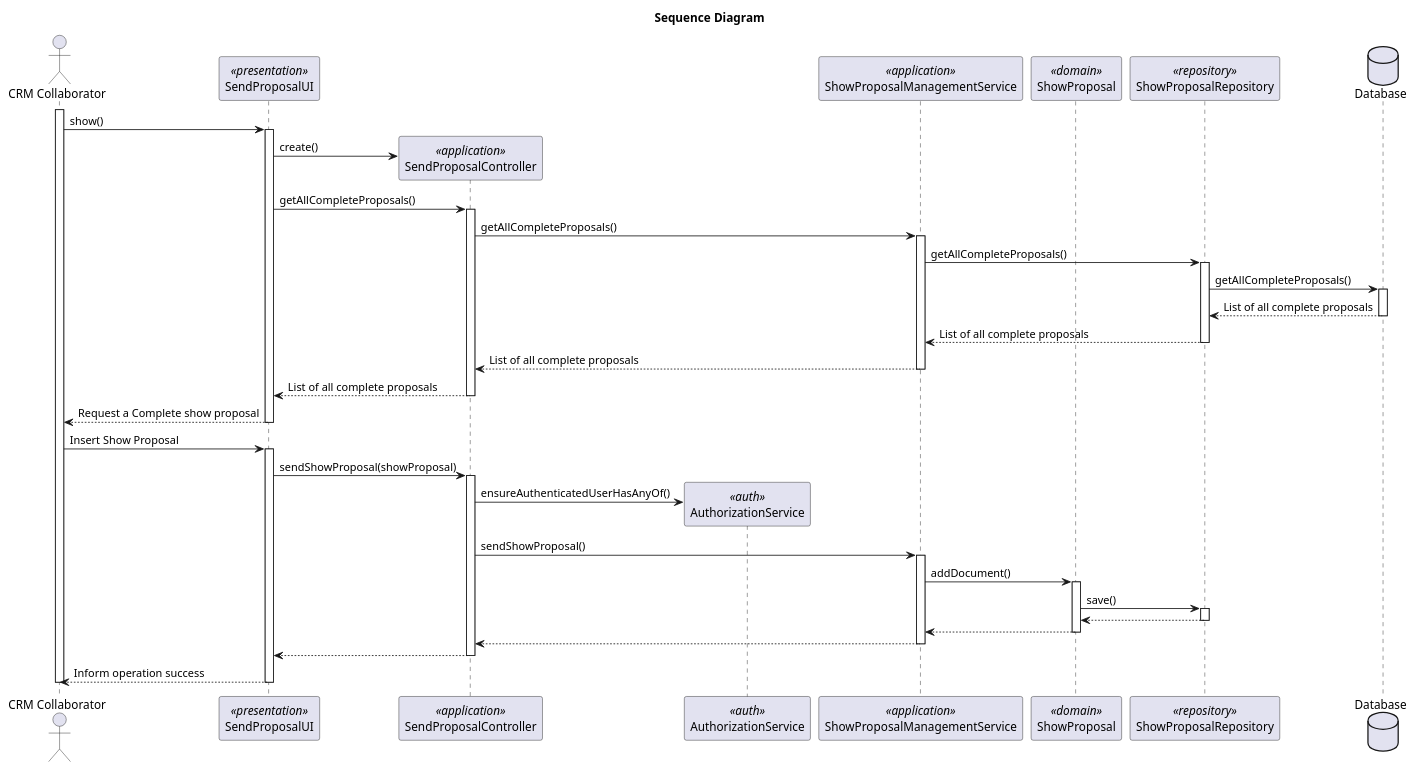
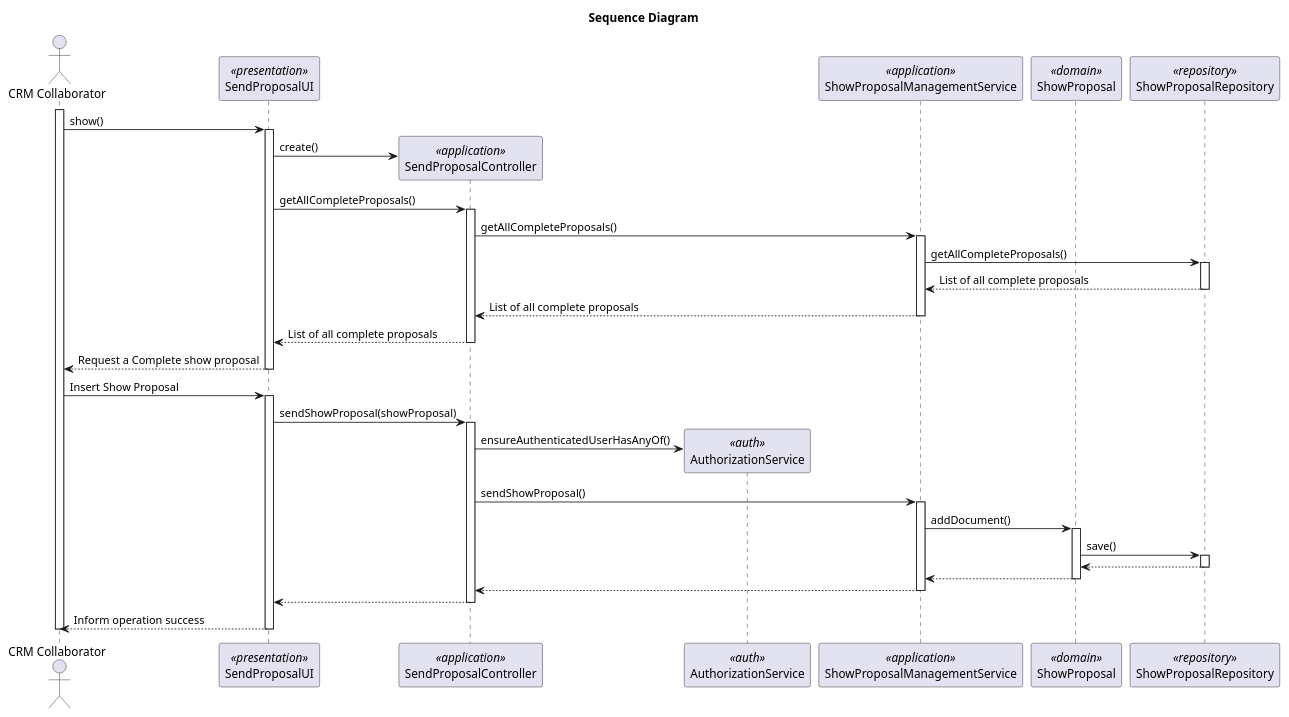
Before and after one commit to rubenFreitas1/ISEP-LAPR4-2024-2025: the diagram in docs/Sprint3/us_316/diagrams/sequence-diagram-US316.puml, drawn with PlantUML. The commit also changed 5 other files, not shown here.

```diff
--- a/docs/Sprint3/us_316/diagrams/sequence-diagram-US316.puml
+++ b/docs/Sprint3/us_316/diagrams/sequence-diagram-US316.puml
@@ -1,72 +1,67 @@
 @startuml
 title Sequence Diagram
 
 actor "CRM Collaborator" as Actor
 participant "SendProposalUI" as UI <<presentation>>
 participant "SendProposalController" as Controller <<application>>
 participant "AuthorizationService" as AuthorizationService <<auth>>
 participant "ShowProposalManagementService" as ShowProposalManagementService <<application>>
 participant "ShowProposal" as ShowProposal <<domain>>
 participant "ShowProposalRepository" as ShowProposalRepository <<repository>>
-database "Database" as Database
 
 activate Actor
 
 Actor -> UI: show()
     activate UI
 
 UI -> Controller** : create()
 
 UI -> Controller : getAllCompleteProposals()
 activate Controller
 Controller -> ShowProposalManagementService: getAllCompleteProposals()
 activate ShowProposalManagementService
 ShowProposalManagementService ->ShowProposalRepository : getAllCompleteProposals()
 activate ShowProposalRepository
-ShowProposalRepository ->Database:getAllCompleteProposals()
-activate Database
-Database --> ShowProposalRepository: List of all complete proposals
-deactivate Database
 ShowProposalRepository --> ShowProposalManagementService: List of all complete proposals
 deactivate ShowProposalRepository
 ShowProposalManagementService --> Controller: List of all complete proposals
 deactivate ShowProposalManagementService
 Controller -->UI: List of all complete proposals
 deactivate Controller
 UI --> Actor: Request a Complete show proposal
 deactivate UI
 
 Actor -> UI: Insert Show Proposal
 
 
     activate UI
 
         UI -> Controller : sendShowProposal(showProposal)
             activate Controller
 
                 Controller -> AuthorizationService** : ensureAuthenticatedUserHasAnyOf()
 
                 deactivate AuthorizationService
 
                 Controller -> ShowProposalManagementService : sendShowProposal()
                 activate ShowProposalManagementService
 
                 ShowProposalManagementService -> ShowProposal: addDocument()
 
                 activate ShowProposal
                 ShowProposal -> ShowProposalRepository: save()
                 activate ShowProposalRepository
                 ShowProposalRepository --> ShowProposal
                 deactivate ShowProposalRepository
                 ShowProposal --> ShowProposalManagementService
                 deactivate ShowProposal
                 ShowProposalManagementService --> Controller
                 deactivate ShowProposalManagementService
 
                 Controller --> UI
             deactivate Controller
         UI --> Actor : Inform operation success
         deactivate UI
 deactivate Actor
 
 @enduml
```
